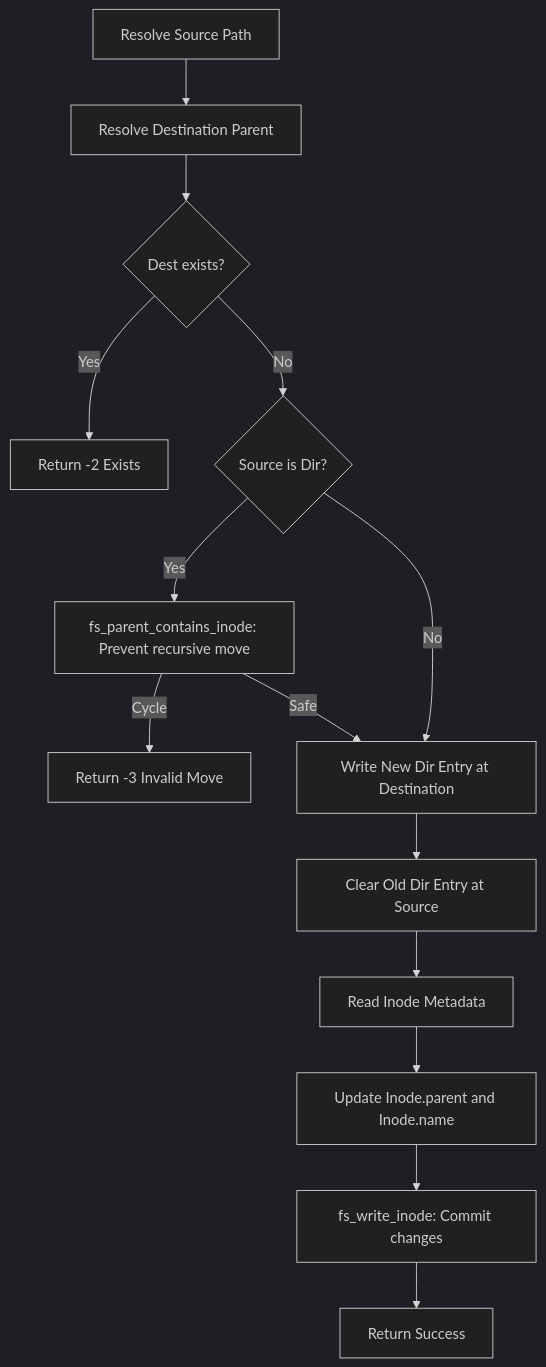
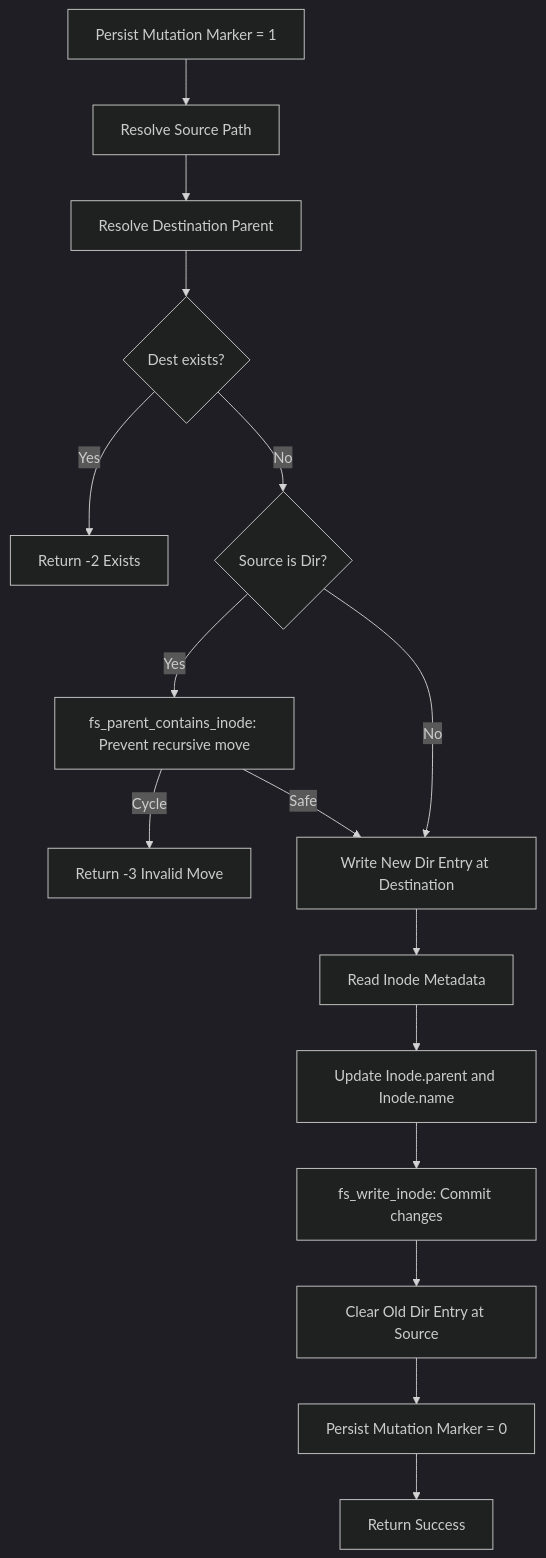
The fifth of 8 diagrams in docs/Flowchart.md (charlestsaur/MINI-OS), drawn with Mermaid (dark theme) before and after one commit. The commit also changed other lines of this file and 27 other files, not shown here.

````diff
--- a/docs/Flowchart.md
+++ b/docs/Flowchart.md
@@ -116,16 +123,18 @@
 ```mermaid
 graph TD
-    A[Resolve Source Path] --> B[Resolve Destination Parent]
+    A[Persist Mutation Marker = 1] --> A1[Resolve Source Path]
+    A1 --> B[Resolve Destination Parent]
     B --> C{Dest exists?}
     C -- Yes --> D[Return -2 Exists]
     C -- No --> E{Source is Dir?}
     E -- Yes --> F[fs_parent_contains_inode: Prevent recursive move]
     F -- Cycle --> G[Return -3 Invalid Move]
     F -- Safe --> H[Write New Dir Entry at Destination]
     E -- No --> H
-    H --> I[Clear Old Dir Entry at Source]
-    I --> J[Read Inode Metadata]
-    J --> K[Update Inode.parent and Inode.name]
-    K --> L[fs_write_inode: Commit changes]
-    L --> M[Return Success]
+    H --> I[Read Inode Metadata]
+    I --> J[Update Inode.parent and Inode.name]
+    J --> K[fs_write_inode: Commit changes]
+    K --> L[Clear Old Dir Entry at Source]
+    L --> M[Persist Mutation Marker = 0]
+    M --> N[Return Success]
 ```
````
